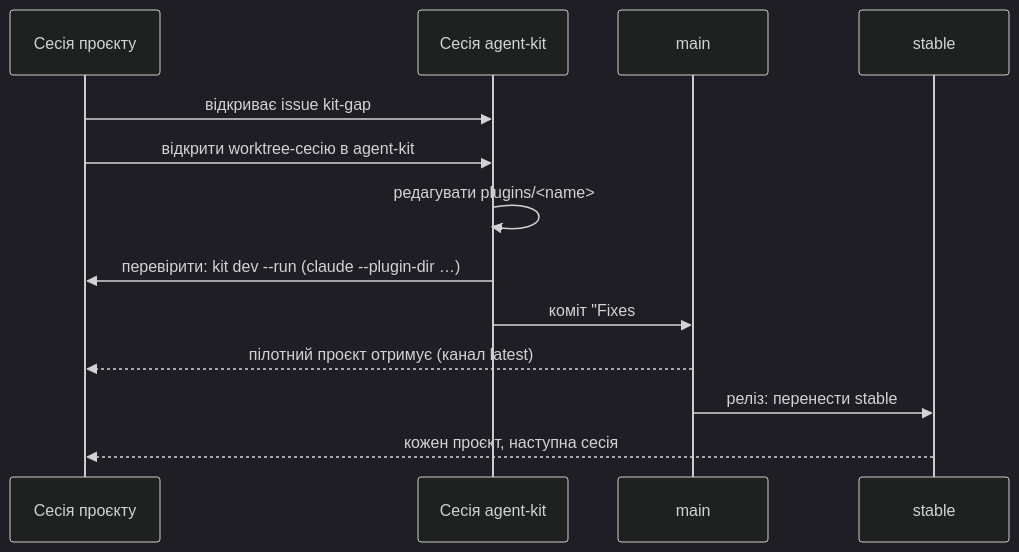
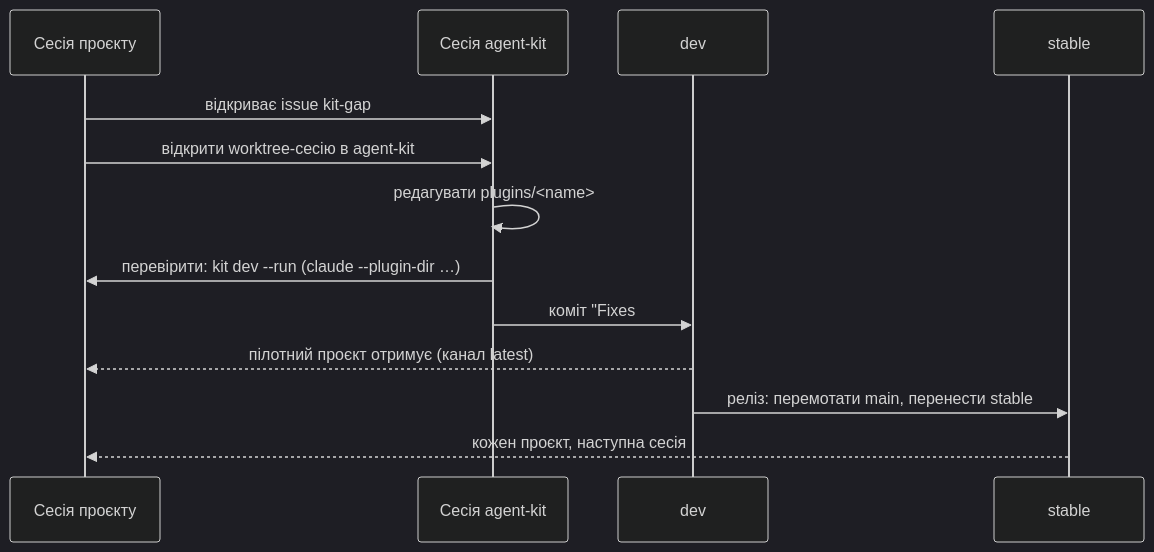
One commit to 3meyc/agent-kit changed the second of 2 diagrams in docs/changing.uk.md. Above: the diagram before and after it, drawn with Mermaid (dark theme). The commit also changed other lines of this file and 11 other files, not shown here.

First line of the commit message:
feat(core): kit release fast-forwards main from dev; agent-kit integrates on dev

````diff
--- a/docs/changing.uk.md
+++ b/docs/changing.uk.md
@@ -30,15 +30,15 @@
 ```mermaid
 sequenceDiagram
   participant P as Сесія проєкту
   participant K as Сесія agent-kit
-  participant M as main
+  participant M as dev
   participant S as stable
   P->>K: відкриває issue kit-gap #n
   P->>K: відкрити worktree-сесію в agent-kit
   K->>K: редагувати plugins/<name>
   K->>P: перевірити: kit dev --run (claude --plugin-dir …)
   K->>M: коміт "Fixes #n", злиття
   M-->>P: пілотний проєкт отримує (канал latest)
-  M->>S: реліз: перенести stable
+  M->>S: реліз: перемотати main, перенести stable
   S-->>P: кожен проєкт, наступна сесія
 ```
````
